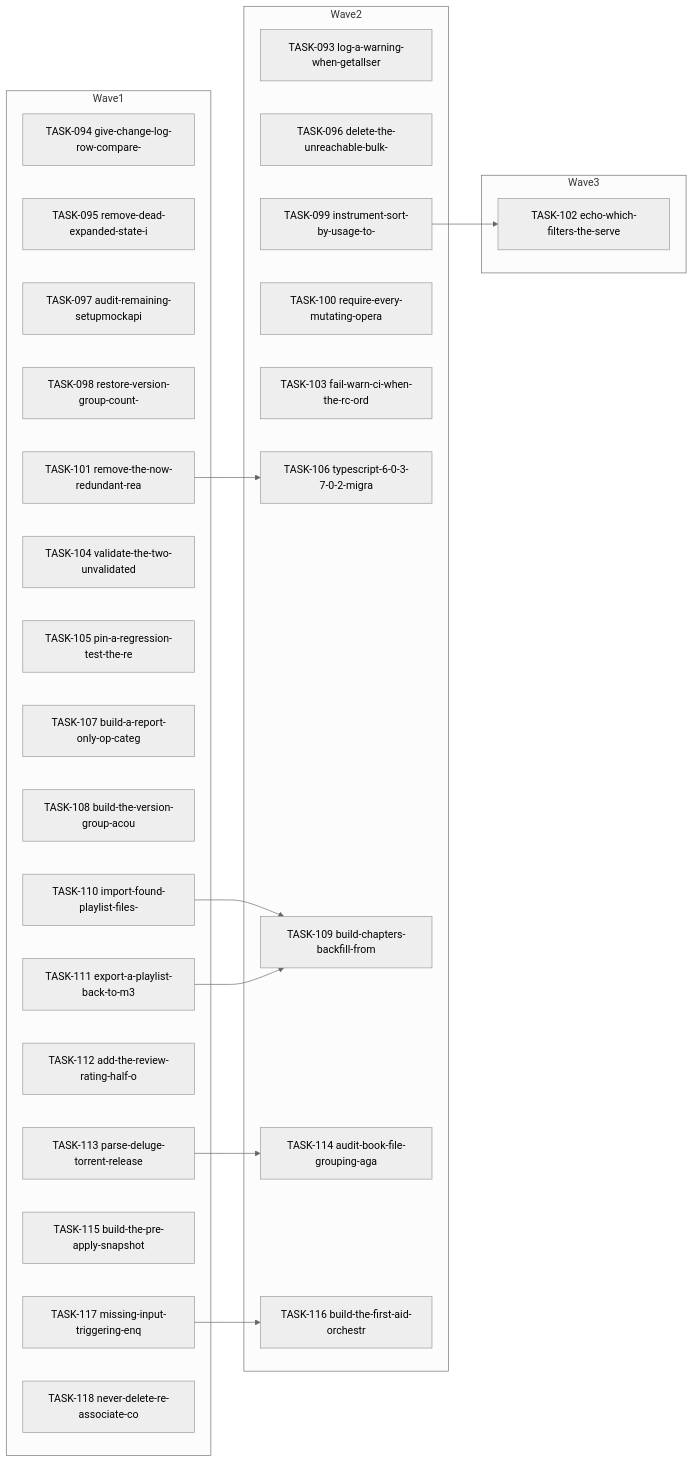
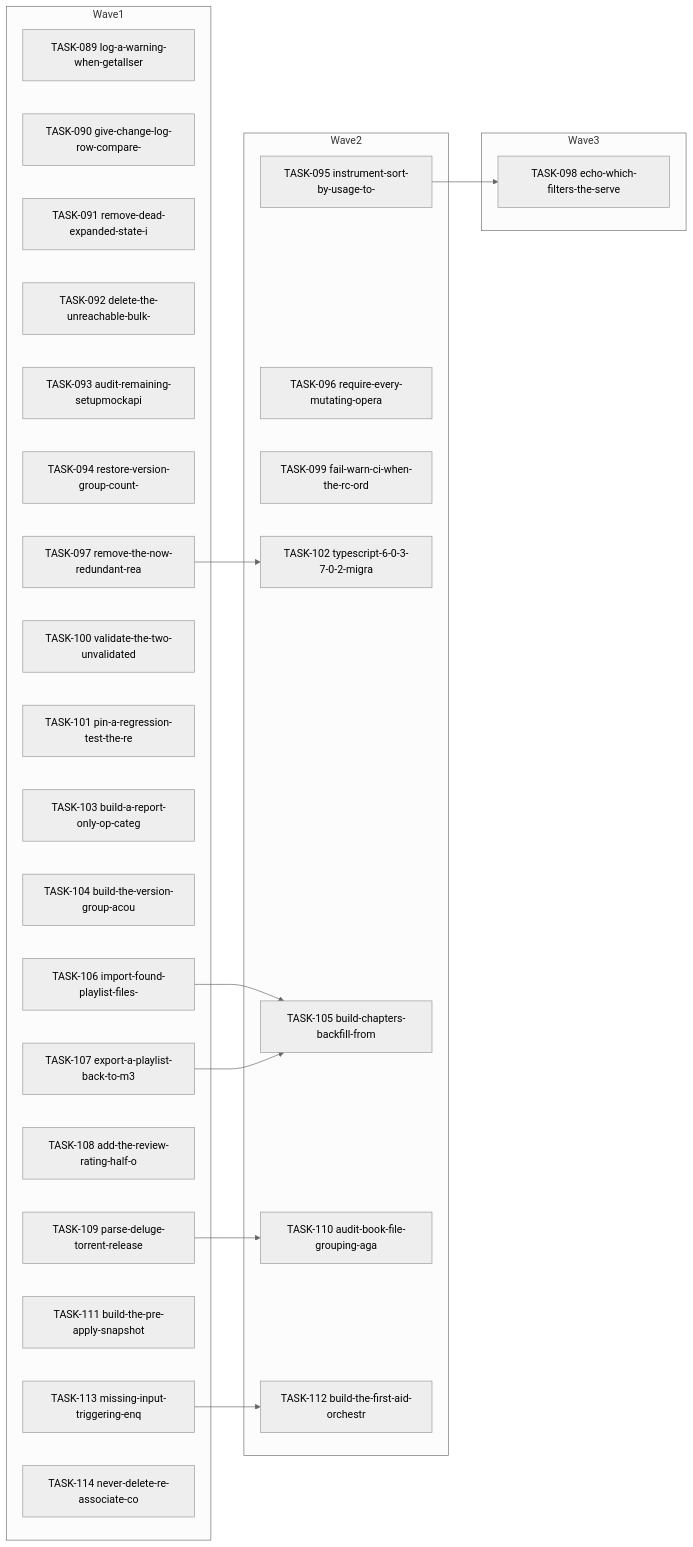
One commit to falkcorp/audiobook-organizer changed the diagram in docs/agent-tasks/todo-completion/missing-file-lane/orchestration.md. Above: the diagram before and after it, drawn with Mermaid (neutral theme). The commit also changed other lines of this file and 406 other files, not shown here.

````diff
--- a/docs/agent-tasks/todo-completion/missing-file-lane/orchestration.md
+++ b/docs/agent-tasks/todo-completion/missing-file-lane/orchestration.md
@@ -12,41 +12,41 @@
 ```mermaid
 flowchart LR
     subgraph Wave1
-      TASK094[TASK-094 give-change-log-row-compare-]
-      TASK095[TASK-095 remove-dead-expanded-state-i]
-      TASK097[TASK-097 audit-remaining-setupmockapi]
-      TASK098[TASK-098 restore-version-group-count-]
-      TASK101[TASK-101 remove-the-now-redundant-rea]
-      TASK104[TASK-104 validate-the-two-unvalidated]
-      TASK105[TASK-105 pin-a-regression-test-the-re]
-      TASK107[TASK-107 build-a-report-only-op-categ]
-      TASK108[TASK-108 build-the-version-group-acou]
-      TASK110[TASK-110 import-found-playlist-files-]
-      TASK111[TASK-111 export-a-playlist-back-to-m3]
-      TASK112[TASK-112 add-the-review-rating-half-o]
-      TASK113[TASK-113 parse-deluge-torrent-release]
-      TASK115[TASK-115 build-the-pre-apply-snapshot]
-      TASK117[TASK-117 missing-input-triggering-enq]
-      TASK118[TASK-118 never-delete-re-associate-co]
+      TASK089[TASK-089 log-a-warning-when-getallser]
+      TASK090[TASK-090 give-change-log-row-compare-]
+      TASK091[TASK-091 remove-dead-expanded-state-i]
+      TASK092[TASK-092 delete-the-unreachable-bulk-]
+      TASK093[TASK-093 audit-remaining-setupmockapi]
+      TASK094[TASK-094 restore-version-group-count-]
+      TASK097[TASK-097 remove-the-now-redundant-rea]
+      TASK100[TASK-100 validate-the-two-unvalidated]
+      TASK101[TASK-101 pin-a-regression-test-the-re]
+      TASK103[TASK-103 build-a-report-only-op-categ]
+      TASK104[TASK-104 build-the-version-group-acou]
+      TASK106[TASK-106 import-found-playlist-files-]
+      TASK107[TASK-107 export-a-playlist-back-to-m3]
+      TASK108[TASK-108 add-the-review-rating-half-o]
+      TASK109[TASK-109 parse-deluge-torrent-release]
+      TASK111[TASK-111 build-the-pre-apply-snapshot]
+      TASK113[TASK-113 missing-input-triggering-enq]
+      TASK114[TASK-114 never-delete-re-associate-co]
     end
     subgraph Wave2
-      TASK093[TASK-093 log-a-warning-when-getallser]
-      TASK096[TASK-096 delete-the-unreachable-bulk-]
-      TASK099[TASK-099 instrument-sort-by-usage-to-]
-      TASK100[TASK-100 require-every-mutating-opera]
-      TASK103[TASK-103 fail-warn-ci-when-the-rc-ord]
-      TASK106[TASK-106 typescript-6-0-3-7-0-2-migra]
-      TASK109[TASK-109 build-chapters-backfill-from]
-      TASK114[TASK-114 audit-book-file-grouping-aga]
-      TASK116[TASK-116 build-the-first-aid-orchestr]
+      TASK095[TASK-095 instrument-sort-by-usage-to-]
+      TASK096[TASK-096 require-every-mutating-opera]
+      TASK099[TASK-099 fail-warn-ci-when-the-rc-ord]
+      TASK102[TASK-102 typescript-6-0-3-7-0-2-migra]
+      TASK105[TASK-105 build-chapters-backfill-from]
+      TASK110[TASK-110 audit-book-file-grouping-aga]
+      TASK112[TASK-112 build-the-first-aid-orchestr]
     end
     subgraph Wave3
-      TASK102[TASK-102 echo-which-filters-the-serve]
+      TASK098[TASK-098 echo-which-filters-the-serve]
     end
-    TASK099 --> TASK102
-    TASK101 --> TASK106
-    TASK110 --> TASK109
-    TASK111 --> TASK109
-    TASK113 --> TASK114
-    TASK117 --> TASK116
+    TASK095 --> TASK098
+    TASK097 --> TASK102
+    TASK106 --> TASK105
+    TASK107 --> TASK105
+    TASK109 --> TASK110
+    TASK113 --> TASK112
 ```
````
